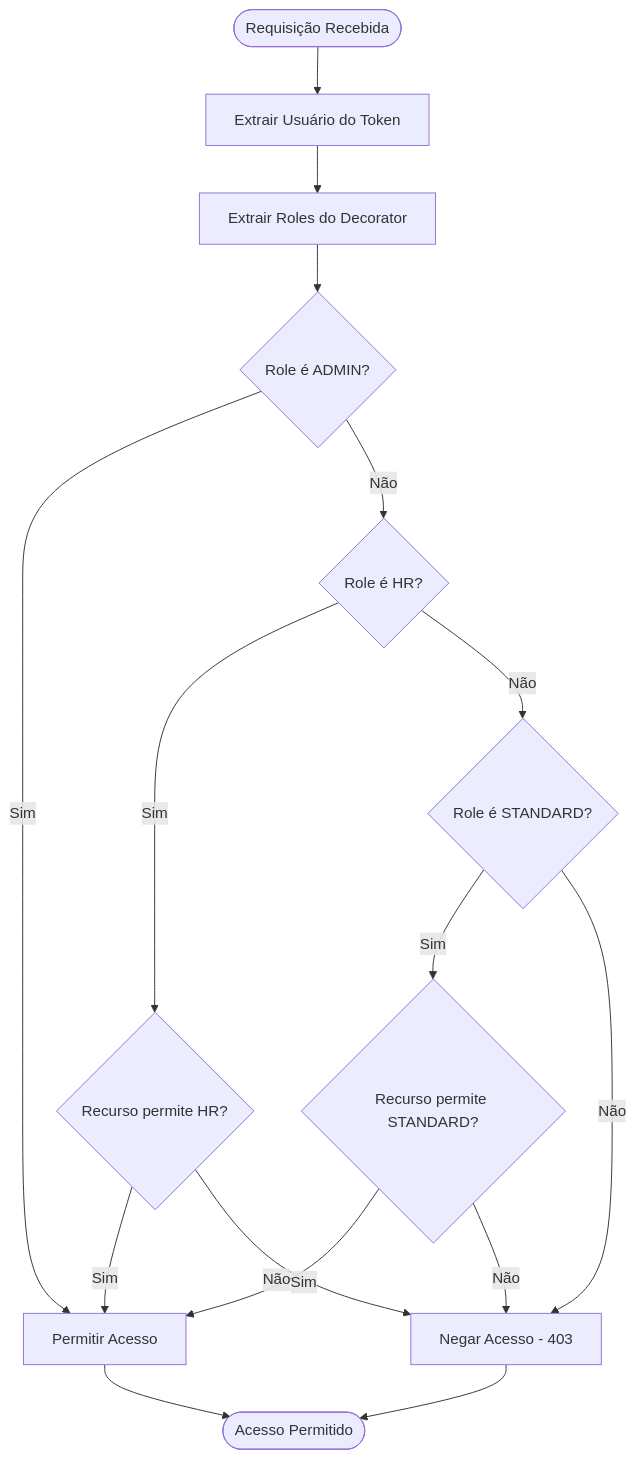
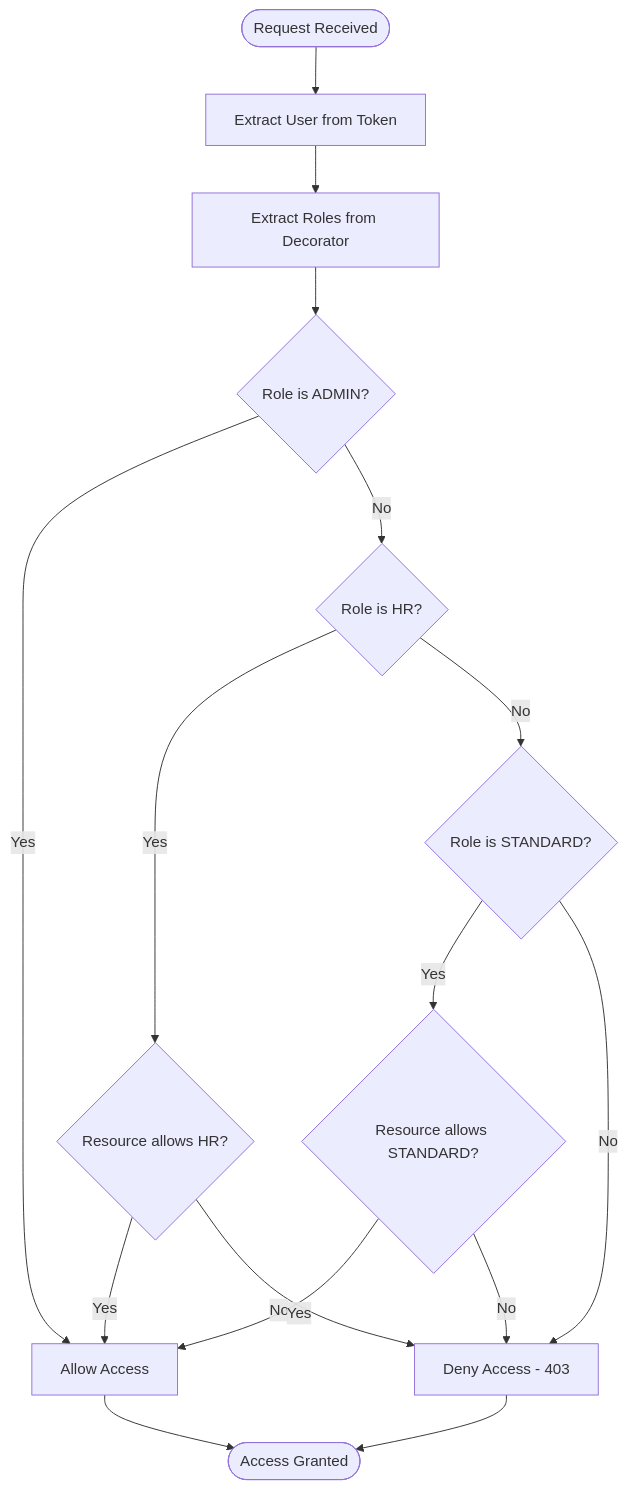
The fifth of 10 diagrams in .qoder/repowiki/en/content/Segurança e Autenticação.md (RobertRuas/windlog), drawn with Mermaid before and after one commit. The commit also changed other lines of this file and 136 other files, not shown here.

````diff
--- a/.qoder/repowiki/en/content/Segurança e Autenticação.md
+++ b/.qoder/repowiki/en/content/Segurança e Autenticação.md
@@ -220,18 +230,18 @@
 ```mermaid
 flowchart TD
-Start([Requisição Recebida]) --> ExtractUser["Extrair Usuário do Token"]
-ExtractUser --> ExtractRoles["Extrair Roles do Decorator"]
-ExtractRoles --> CheckAdmin{"Role é ADMIN?"}
-CheckAdmin --> |Sim| AllowAccess["Permitir Acesso"]
-CheckAdmin --> |Não| CheckHR{"Role é HR?"}
-CheckHR --> |Sim| CheckResource{"Recurso permite HR?"}
-CheckHR --> |Não| CheckStandard{"Role é STANDARD?"}
-CheckResource --> |Sim| AllowAccess
-CheckResource --> |Não| DenyAccess["Negar Acesso - 403"]
-CheckStandard --> |Sim| CheckStandardResource{"Recurso permite STANDARD?"}
-CheckStandard --> |Não| DenyAccess
-CheckStandardResource --> |Sim| AllowAccess
-CheckStandardResource --> |Não| DenyAccess
-AllowAccess --> End([Acesso Permitido])
+Start([Request Received]) --> ExtractUser["Extract User from Token"]
+ExtractUser --> ExtractRoles["Extract Roles from Decorator"]
+ExtractRoles --> CheckAdmin{"Role is ADMIN?"}
+CheckAdmin --> |Yes| AllowAccess["Allow Access"]
+CheckAdmin --> |No| CheckHR{"Role is HR?"}
+CheckHR --> |Yes| CheckResource{"Resource allows HR?"}
+CheckHR --> |No| CheckStandard{"Role is STANDARD?"}
+CheckResource --> |Yes| AllowAccess
+CheckResource --> |No| DenyAccess["Deny Access - 403"]
+CheckStandard --> |Yes| CheckStandardResource{"Resource allows STANDARD?"}
+CheckStandard --> |No| DenyAccess
+CheckStandardResource --> |Yes| AllowAccess
+CheckStandardResource --> |No| DenyAccess
+AllowAccess --> End([Access Granted])
 DenyAccess --> End
 ```
````
